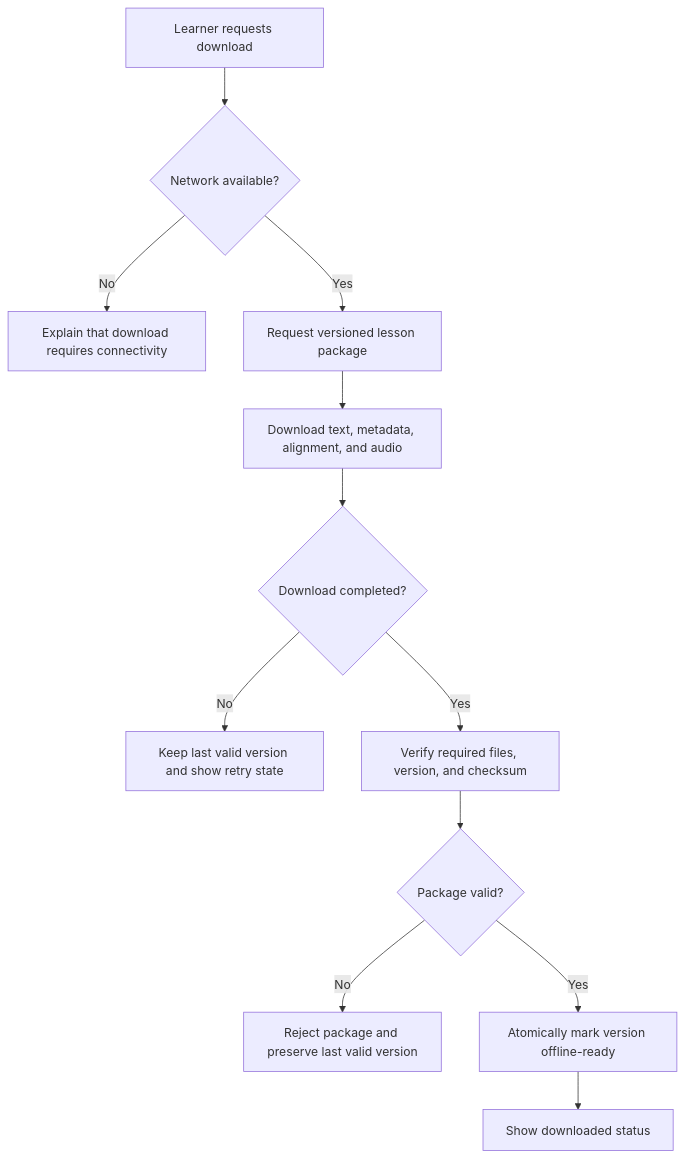
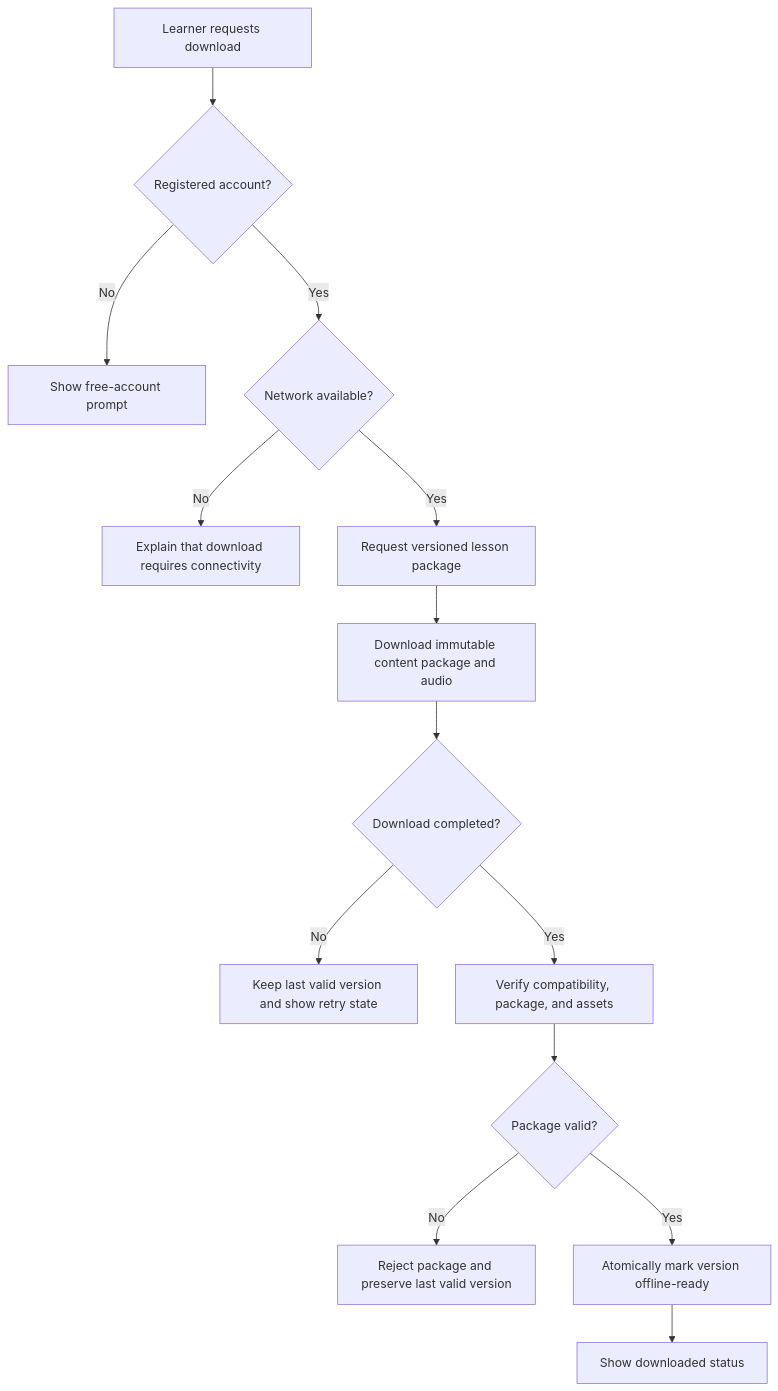
The third of 6 diagrams in docs/04-ui-ux-design/user-flows.md (austin11101/Prolific-), drawn with Mermaid before and after one commit. The commit also changed other lines of this file and 48 other files, not shown here.

Commit message:
docs: complete Sprint 1 architecture and project foundation

````diff
--- a/docs/04-ui-ux-design/user-flows.md
+++ b/docs/04-ui-ux-design/user-flows.md
@@ -183,14 +187,16 @@
 ```mermaid
 flowchart TD
-    A["Learner requests download"] --> B{"Network available?"}
+    A["Learner requests download"] --> Z{"Registered account?"}
+    Z -- "No" --> Y["Show free-account prompt"]
+    Z -- "Yes" --> B{"Network available?"}
     B -- "No" --> C["Explain that download requires connectivity"]
     B -- "Yes" --> D["Request versioned lesson package"]
-    D --> E["Download text, metadata, alignment, and audio"]
+    D --> E["Download immutable content package and audio"]
     E --> F{"Download completed?"}
     F -- "No" --> G["Keep last valid version and show retry state"]
-    F -- "Yes" --> H["Verify required files, version, and checksum"]
+    F -- "Yes" --> H["Verify compatibility, package, and assets"]
     H --> I{"Package valid?"}
     I -- "No" --> J["Reject package and preserve last valid version"]
     I -- "Yes" --> K["Atomically mark version offline-ready"]
     K --> L["Show downloaded status"]
 ```
````
